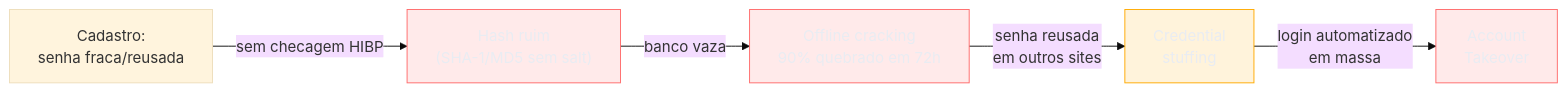
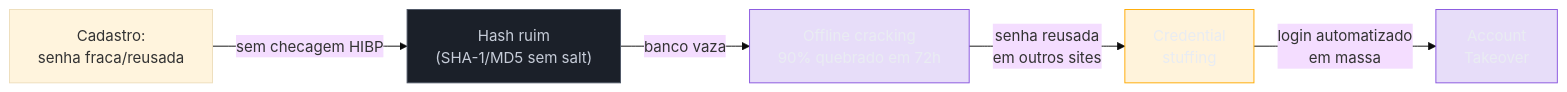
Before and after one commit to josenaldo/codex-technomanticus: the second of 4 diagrams in 03-Dominios/Engenharia/Auth e Identidade/1 - Fundamentos de identidade/04 - Senhas e MFA — o legado que não morre.md, drawn with Mermaid (base theme). The commit also changed other lines of this file and 601 other files, not shown here.

````diff
--- a/03-Dominios/Engenharia/Auth e Identidade/1 - Fundamentos de identidade/04 - Senhas e MFA — o legado que não morre.md
+++ b/03-Dominios/Engenharia/Auth e Identidade/1 - Fundamentos de identidade/04 - Senhas e MFA — o legado que não morre.md
@@ -123,14 +123,15 @@
 ```mermaid
 graph LR
-    classDef falha fill:#FF6B6B24,stroke:#FF6B6B,color:#E9ECF2
+    classDef marca fill:#8855DF33,stroke:#8855DF,color:#E9ECF2
+    classDef neutro fill:#1B2029,stroke:#4E5666,color:#C6CCD8
     classDef destaque fill:#FFAA0024,stroke:#FFAA00,color:#E9ECF2
     A["Cadastro:<br/>senha fraca/reusada"] -->|"sem checagem HIBP"| B["Hash ruim<br/>(SHA-1/MD5 sem salt)"]
     B -->|"banco vaza"| C["Offline cracking<br/>90% quebrado em 72h"]
     C -->|"senha reusada<br/>em outros sites"| D["Credential<br/>stuffing"]
     D -->|"login automatizado<br/>em massa"| E["Account<br/>Takeover"]
 
-    class B falha
-    class C falha
+    class B neutro
+    class C marca
     class D destaque
-    class E falha
+    class E marca
 ```
````
